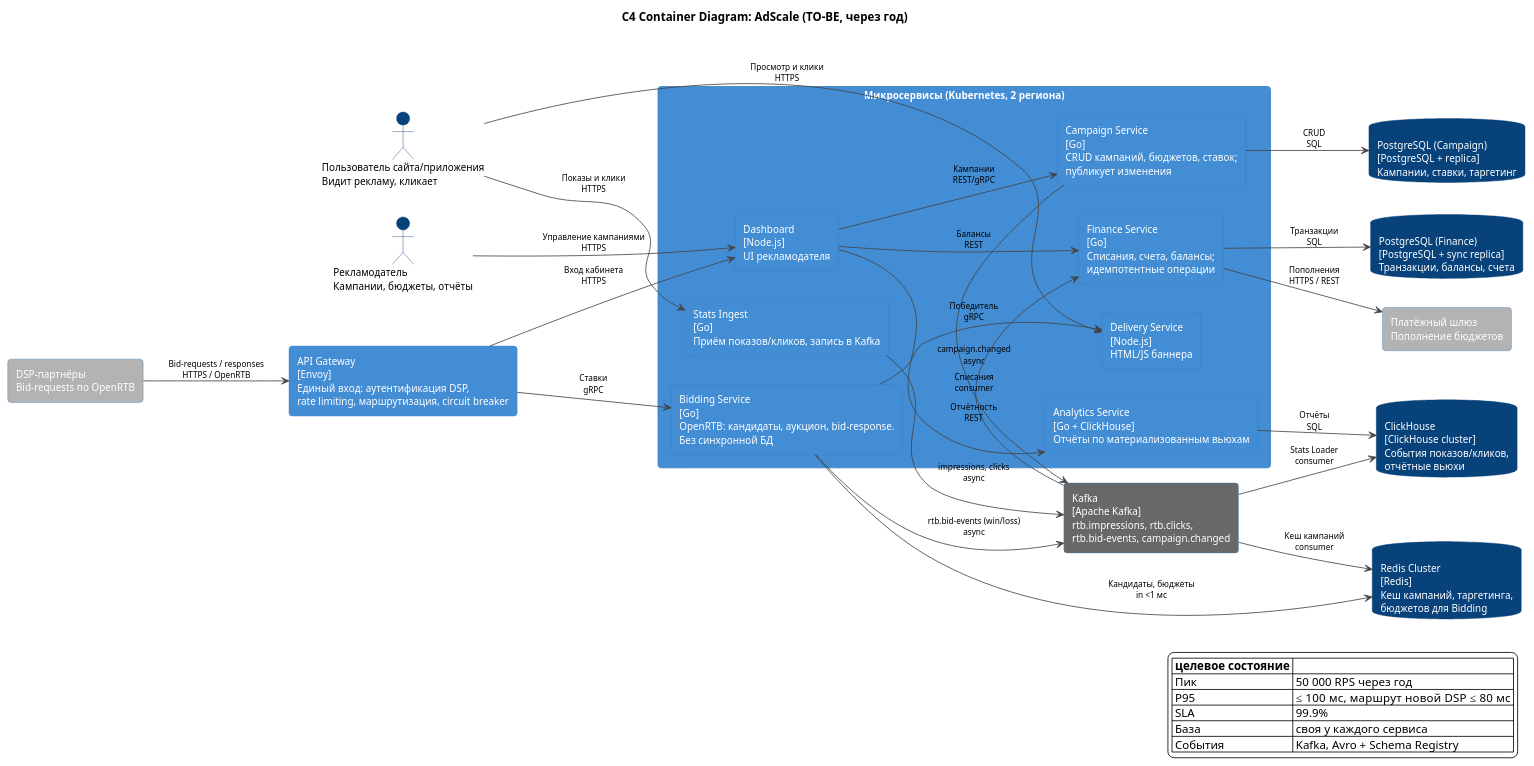
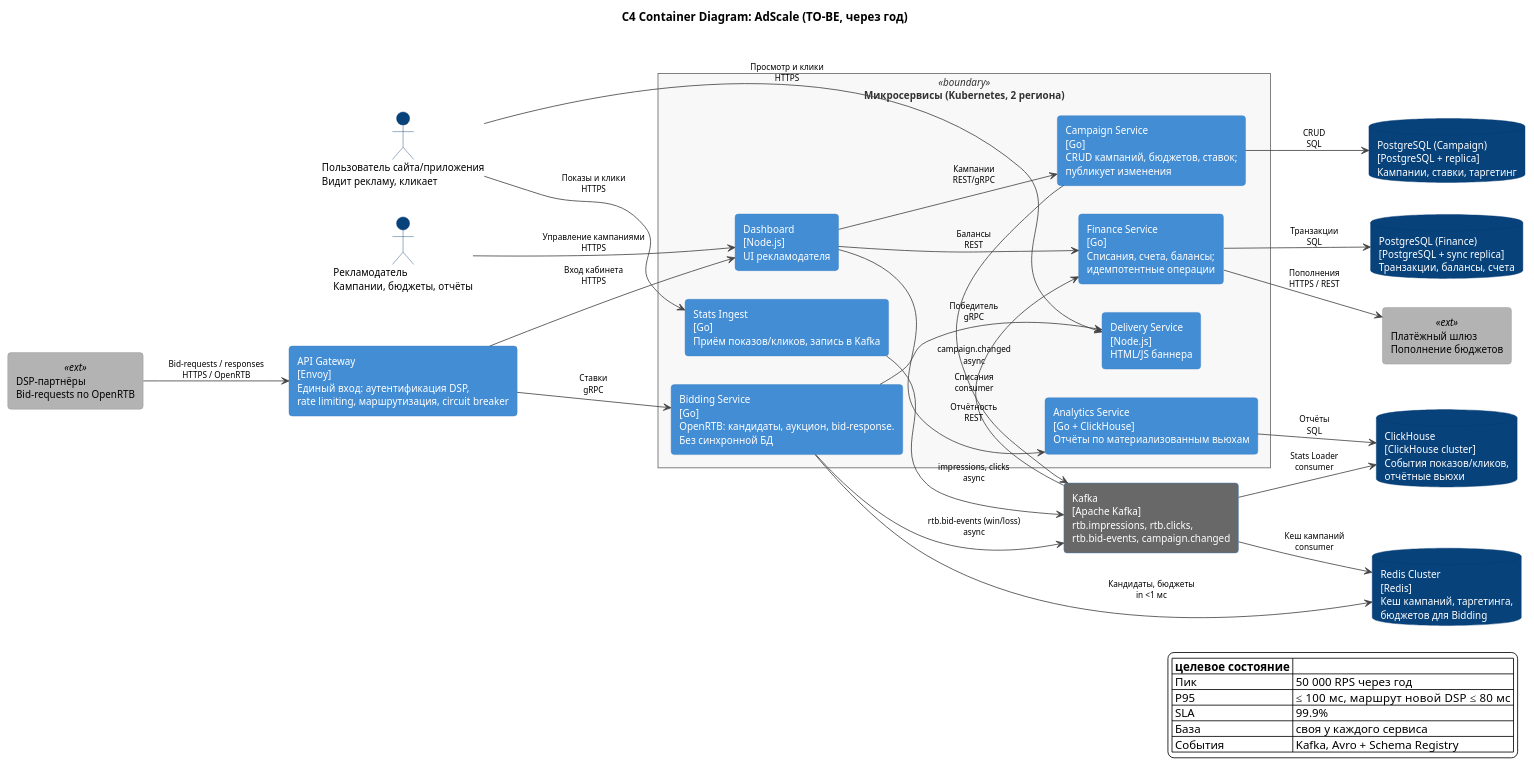
Before and after one commit to Monderlog/Solution-AdScale: the diagram in Task1/diagrams/to-be.puml, drawn with PlantUML. The commit also changed 1 other file, not shown here.

```diff
--- a/Task1/diagrams/to-be.puml
+++ b/Task1/diagrams/to-be.puml
@@ -1,80 +1,92 @@
 @startuml
 left to right direction
 skinparam backgroundColor #FFFFFF
 skinparam defaultFontSize 12
 skinparam ArrowColor #444444
 skinparam ArrowFontSize 10
 skinparam rectangle {
   BackgroundColor #438DD5
   FontColor #FFFFFF
   BorderColor #3C7FC0
   RoundCorner 8
+}
+skinparam rectangle<<boundary>> {
+  BackgroundColor #F8F8F8
+  FontColor #333333
+  BorderColor #666666
+  BorderStyle solid
+  RoundCorner 0
+}
+skinparam rectangle<<ext>> {
+  BackgroundColor #B3B3B3
+  FontColor #000000
+  BorderColor #8F8F8F
 }
 skinparam database {
   BackgroundColor #08427B
   FontColor #FFFFFF
   BorderColor #073B6F
 }
 skinparam actor {
   BackgroundColor #08427B
   BorderColor #073B6F
 }
 
 title C4 Container Diagram: AdScale (TO-BE, через год)
 
 actor "Рекламодатель\nКампании, бюджеты, отчёты" as advertiser
 actor "Пользователь сайта/приложения\nВидит рекламу, кликает" as endUser
-rectangle "DSP-партнёры\nBid-requests по OpenRTB" as dspPartner #B3B3B3
-rectangle "Платёжный шлюз\nПополнение бюджетов" as paymentGateway #B3B3B3
+rectangle "DSP-партнёры\nBid-requests по OpenRTB" as dspPartner <<ext>>
+rectangle "Платёжный шлюз\nПополнение бюджетов" as paymentGateway <<ext>>
 
 rectangle "API Gateway\n[Envoy]\nЕдиный вход: аутентификация DSP,\nrate limiting, маршрутизация, circuit breaker" as gateway
 
-rectangle "Микросервисы (Kubernetes, 2 региона)" as services {
+rectangle "Микросервисы (Kubernetes, 2 региона)" as services <<boundary>> {
   rectangle "Bidding Service\n[Go]\nOpenRTB: кандидаты, аукцион, bid-response.\nБез синхронной БД" as bidding
   rectangle "Campaign Service\n[Go]\nCRUD кампаний, бюджетов, ставок;\nпубликует изменения" as campaign
   rectangle "Delivery Service\n[Node.js]\nHTML/JS баннера" as delivery
   rectangle "Stats Ingest\n[Go]\nПриём показов/кликов, запись в Kafka" as ingest
   rectangle "Analytics Service\n[Go + ClickHouse]\nОтчёты по материализованным вьюхам" as analytics
   rectangle "Finance Service\n[Go]\nСписания, счета, балансы;\nидемпотентные операции" as finance
   rectangle "Dashboard\n[Node.js]\nUI рекламодателя" as dashboard
 }
 
 rectangle "Kafka\n[Apache Kafka]\nrtb.impressions, rtb.clicks,\nrtb.bid-events, campaign.changed" as kafka #686868
 
 database "Redis Cluster\n[Redis]\nКеш кампаний, таргетинга,\nбюджетов для Bidding" as redis
 database "PostgreSQL (Campaign)\n[PostgreSQL + replica]\nКампании, ставки, таргетинг" as pgCampaign
 database "PostgreSQL (Finance)\n[PostgreSQL + sync replica]\nТранзакции, балансы, счета" as pgFinance
 database "ClickHouse\n[ClickHouse cluster]\nСобытия показов/кликов,\nотчётные вьюхи" as clickhouse
 
 dspPartner --> gateway : Bid-requests / responses\nHTTPS / OpenRTB
 gateway --> bidding : Ставки\ngRPC
 gateway --> dashboard : Вход кабинета\nHTTPS
 advertiser --> dashboard : Управление кампаниями\nHTTPS
 bidding --> redis : Кандидаты, бюджеты\nin <1 мс
 bidding --> kafka : rtb.bid-events (win/loss)\nasync
 bidding --> delivery : Победитель\ngRPC
 endUser --> delivery : Просмотр и клики\nHTTPS
 endUser --> ingest : Показы и клики\nHTTPS
 ingest --> kafka : impressions, clicks\nasync
 campaign --> pgCampaign : CRUD\nSQL
 campaign --> kafka : campaign.changed\nasync
 kafka --> redis : Кеш кампаний\nconsumer
 kafka --> finance : Списания\nconsumer
 kafka --> clickhouse : Stats Loader\nconsumer
 analytics --> clickhouse : Отчёты\nSQL
 dashboard --> campaign : Кампании\nREST/gRPC
 dashboard --> analytics : Отчётность\nREST
 dashboard --> finance : Балансы\nREST
 finance --> pgFinance : Транзакции\nSQL
 finance --> paymentGateway : Пополнения\nHTTPS / REST
 
 legend right
 |= целевое состояние |= |
 | Пик | 50 000 RPS через год |
 | P95 | ≤ 100 мс, маршрут новой DSP ≤ 80 мс |
 | SLA | 99.9% |
 | База | своя у каждого сервиса |
 | События | Kafka, Avro + Schema Registry |
 endlegend
 
 @enduml
```
